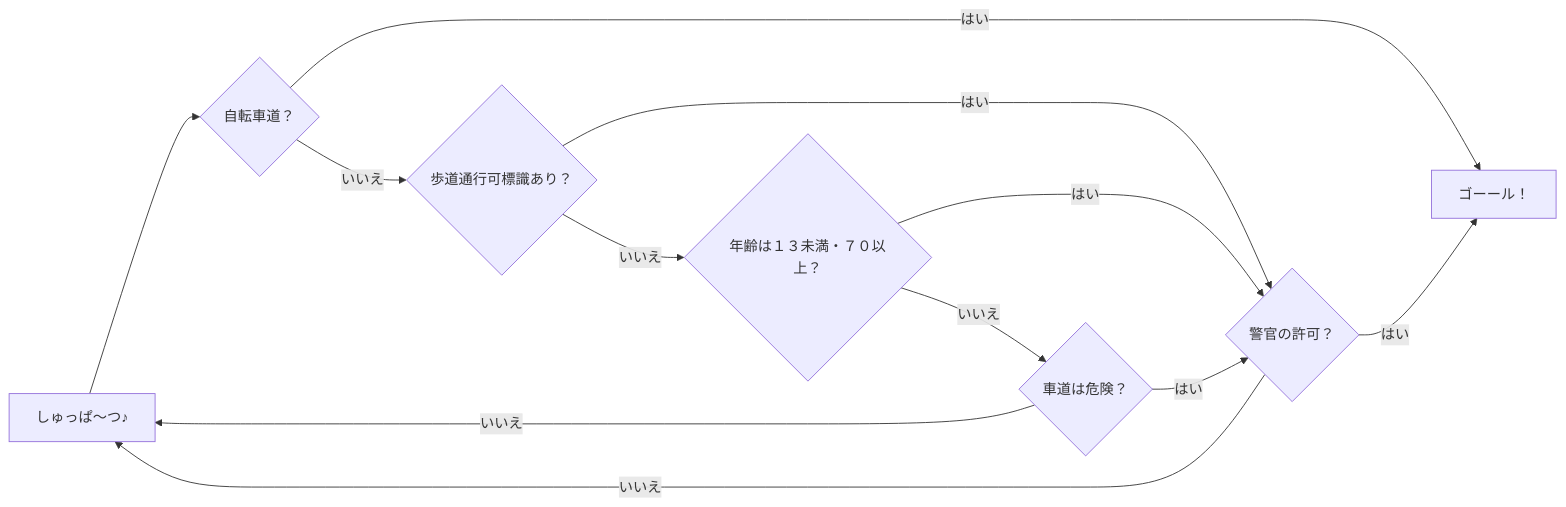
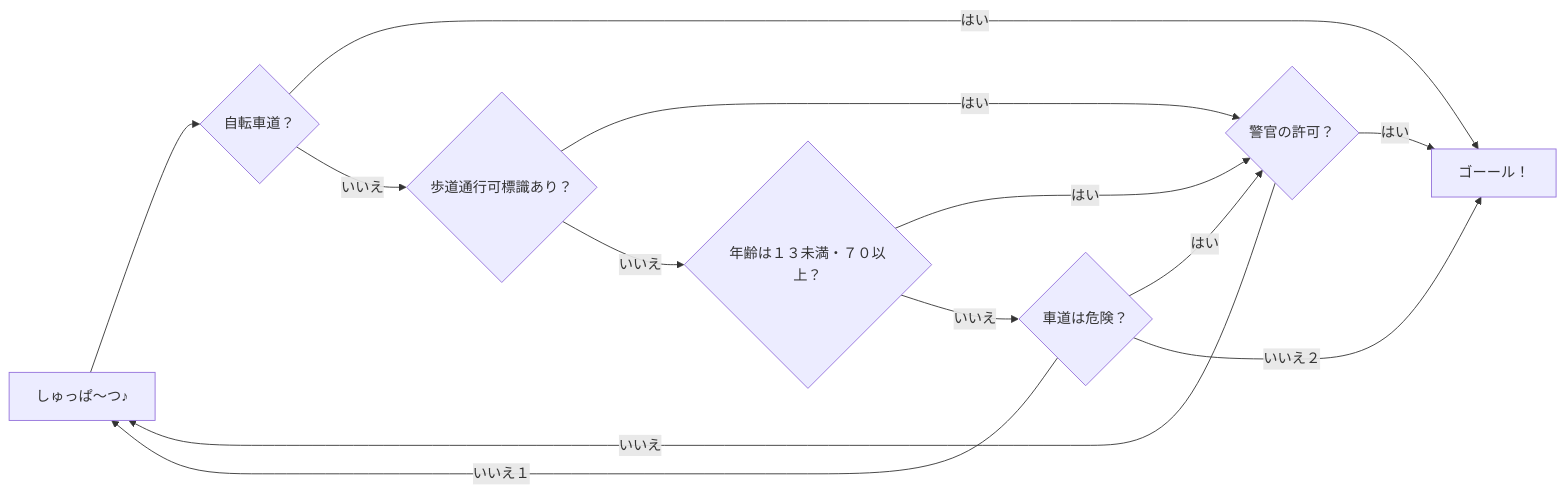
One commit to kensuke/misc changed the diagram in bicycles/README.md. Above: the diagram before and after it, drawn with Mermaid. The commit also changed other lines of this file, not shown here.

````diff
--- a/bicycles/README.md
+++ b/bicycles/README.md
@@ -143,25 +144,26 @@
 ```mermaid
 flowchart LR
     S[しゅっぱ～つ♪] --> C
     C{自転車道？}
     C -->|はい| Gol
     C -->|いいえ| Sig
 
     Sig{歩道通行可標識あり？}
     Sig -->|はい| Pol
     Sig -->|いいえ| Age
 
     Age{年齢は１３未満・７０以上？}
     Age -->|はい| Pol
     Age -->|いいえ| Env
 
     Env{車道は危険？}
     Env -->|はい| Pol
-    Env -->|いいえ| S
+    Env -->|いいえ１| S
+    Env -->|いいえ２| Gol
 
     Pol{警官の許可？}
     Pol -->|はい| Gol
     Pol -->|いいえ| S
 
     Gol[ゴーール！]
 ```
````
